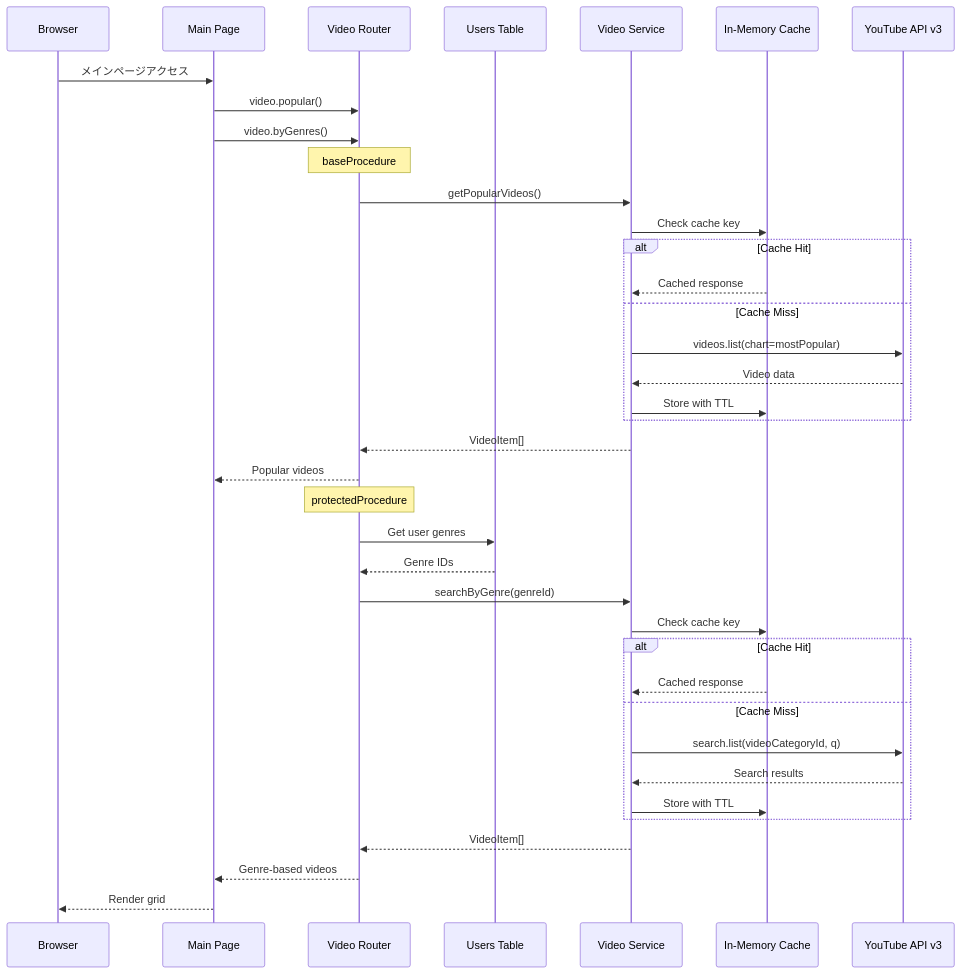
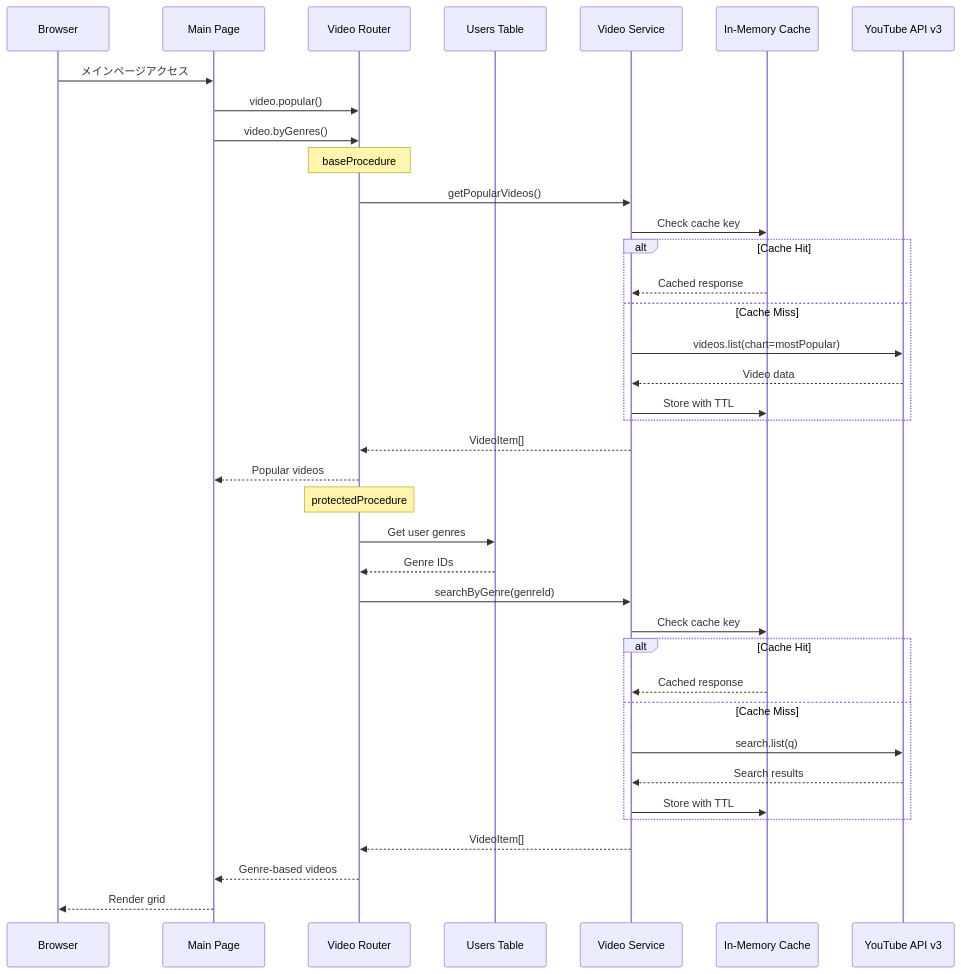
Before and after one commit to matsunagaDev/betterauth-polar-app: the second of 2 diagrams in .kiro/specs/youtube-video-grid/design.md, drawn with Mermaid. The commit also changed other lines of this file and 17 other files, not shown here.

````diff
--- a/.kiro/specs/youtube-video-grid/design.md
+++ b/.kiro/specs/youtube-video-grid/design.md
@@ -103,44 +103,44 @@
 ```mermaid
 sequenceDiagram
     participant User as Browser
     participant Page as Main Page
     participant tRPC as Video Router
     participant DB as Users Table
     participant VS as Video Service
     participant Cache as In-Memory Cache
     participant YT as YouTube API v3
 
     User->>Page: メインページアクセス
     Page->>tRPC: video.popular()
     Page->>tRPC: video.byGenres()
 
     Note over tRPC: baseProcedure
     tRPC->>VS: getPopularVideos()
     VS->>Cache: Check cache key
     alt Cache Hit
         Cache-->>VS: Cached response
     else Cache Miss
         VS->>YT: videos.list(chart=mostPopular)
         YT-->>VS: Video data
         VS->>Cache: Store with TTL
     end
     VS-->>tRPC: VideoItem[]
     tRPC-->>Page: Popular videos
 
     Note over tRPC: protectedProcedure
     tRPC->>DB: Get user genres
     DB-->>tRPC: Genre IDs
     tRPC->>VS: searchByGenre(genreId)
     VS->>Cache: Check cache key
     alt Cache Hit
         Cache-->>VS: Cached response
     else Cache Miss
-        VS->>YT: search.list(videoCategoryId, q)
+        VS->>YT: search.list(q)
         YT-->>VS: Search results
         VS->>Cache: Store with TTL
     end
     VS-->>tRPC: VideoItem[]
     tRPC-->>Page: Genre-based videos
 
     Page-->>User: Render grid
 ```
````
